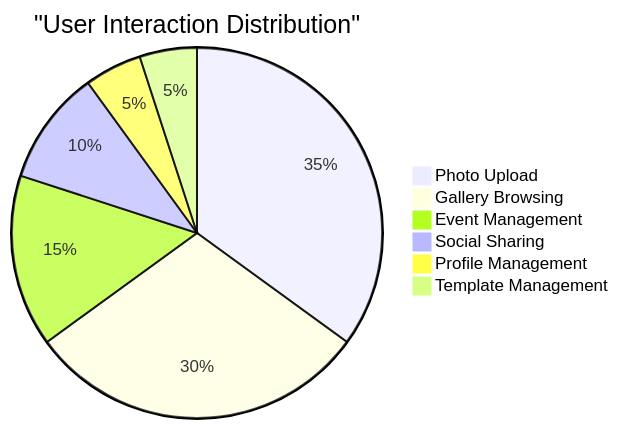
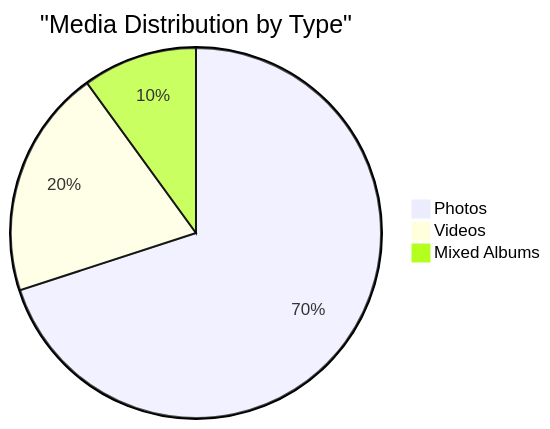
The fourth of 5 diagrams in docs/user-flows/user_flow_overview.md (mrj0nesmtl/cloud-burst), drawn with Mermaid before and after one commit. The commit also changed other lines of this file and 37 other files, not shown here.

````diff
--- a/docs/user-flows/user_flow_overview.md
+++ b/docs/user-flows/user_flow_overview.md
@@ -97,10 +126,7 @@
 ```mermaid
 pie
-    title "User Interaction Distribution"
-    "Photo Upload" : 35
-    "Gallery Browsing" : 30
-    "Event Management" : 15
-    "Social Sharing" : 10
-    "Profile Management" : 5
-    "Template Management" : 5
+    title "Media Distribution by Type"
+    "Photos" : 70
+    "Videos" : 20
+    "Mixed Albums" : 10
 ```
````
